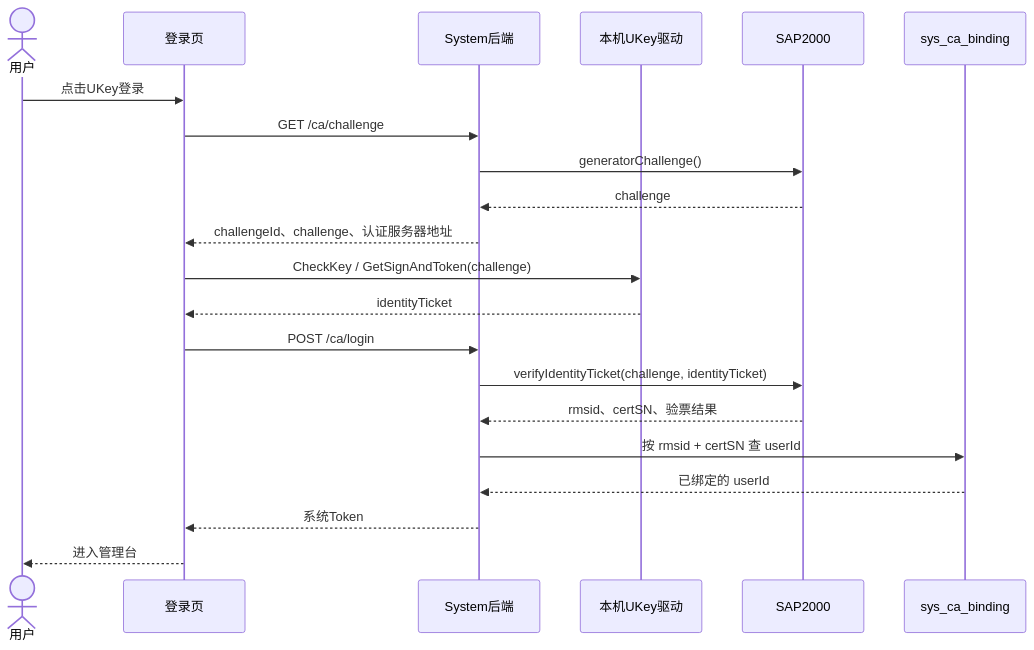
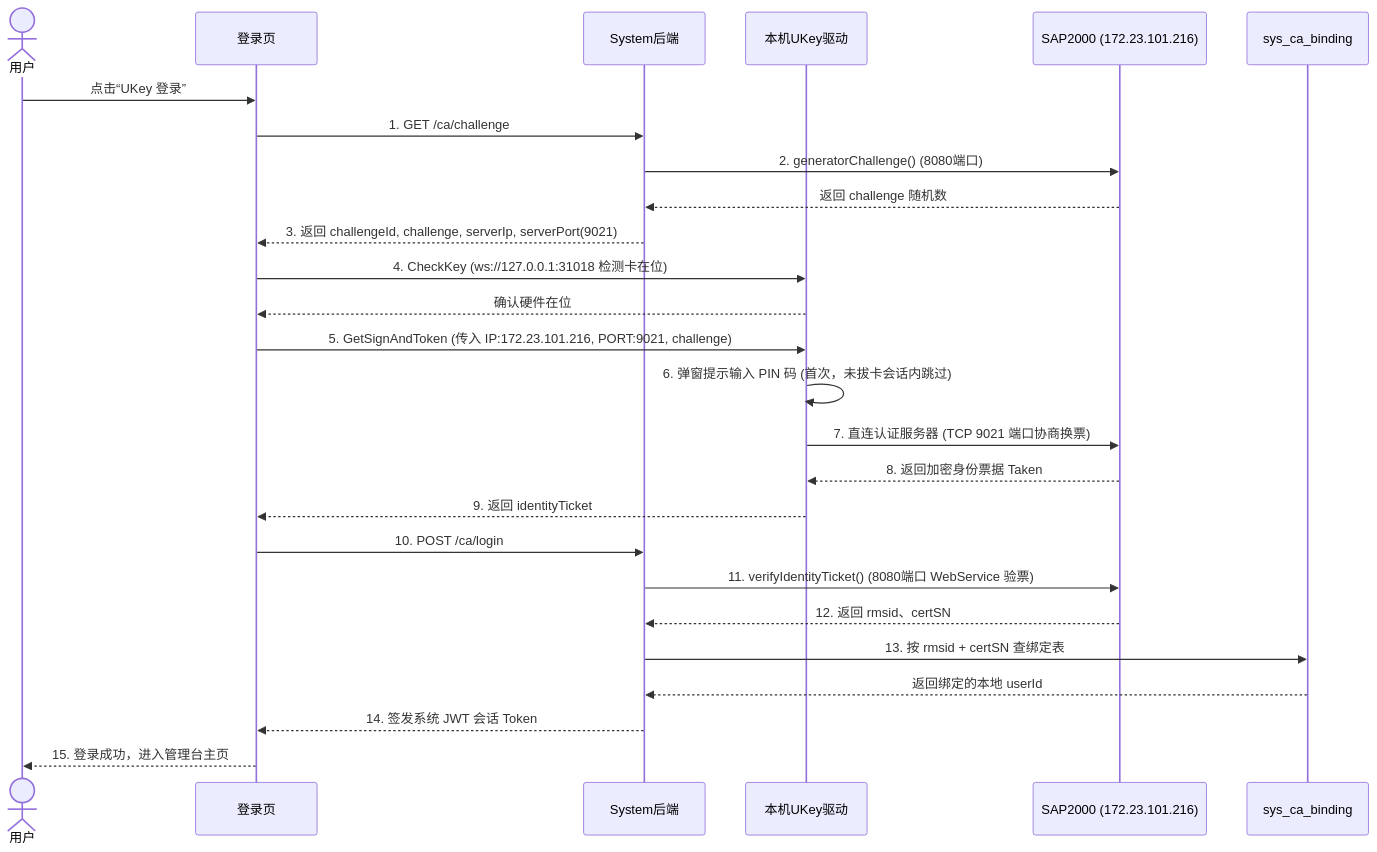
Before and after one commit to Rookie94/drug-system: the second of 2 diagrams in CA_UKEY_LOGIN.md, drawn with Mermaid. The commit also changed other lines of this file and 1 other file, not shown here.

````diff
--- a/CA_UKEY_LOGIN.md
+++ b/CA_UKEY_LOGIN.md
@@ -31,23 +73,32 @@
 ```mermaid
 sequenceDiagram
     actor User as 用户
     participant Front as 登录页
     participant API as System后端
     participant Driver as 本机UKey驱动
-    participant CA as SAP2000
+    participant CA as SAP2000 (172.23.101.216)
     participant DB as sys_ca_binding
-    User->>Front: 点击UKey登录
-    Front->>API: GET /ca/challenge
-    API->>CA: generatorChallenge()
-    CA-->>API: challenge
-    API-->>Front: challengeId、challenge、认证服务器地址
-    Front->>Driver: CheckKey / GetSignAndToken(challenge)
-    Driver-->>Front: identityTicket
-    Front->>API: POST /ca/login
-    API->>CA: verifyIdentityTicket(challenge, identityTicket)
-    CA-->>API: rmsid、certSN、验票结果
-    API->>DB: 按 rmsid + certSN 查 userId
-    DB-->>API: 已绑定的 userId
-    API-->>Front: 系统Token
-    Front-->>User: 进入管理台
+
+    User->>Front: 点击“UKey 登录”
+    Front->>API: 1. GET /ca/challenge
+    API->>CA: 2. generatorChallenge() (8080端口)
+    CA-->>API: 返回 challenge 随机数
+    API-->>Front: 3. 返回 challengeId, challenge, serverIp, serverPort(9021)
+    
+    Front->>Driver: 4. CheckKey (ws://127.0.0.1:31018 检测卡在位)
+    Driver-->>Front: 确认硬件在位
+    
+    Front->>Driver: 5. GetSignAndToken (传入 IP:172.23.101.216, PORT:9021, challenge)
+    Driver->>Driver: 6. 弹窗提示输入 PIN 码 (首次，未拔卡会话内跳过)
+    Driver->>CA: 7. 直连认证服务器 (TCP 9021 端口协商换票)
+    CA-->>Driver: 8. 返回加密身份票据 Taken
+    Driver-->>Front: 9. 返回 identityTicket
+    
+    Front->>API: 10. POST /ca/login
+    API->>CA: 11. verifyIdentityTicket() (8080端口 WebService 验票)
+    CA-->>API: 12. 返回 rmsid、certSN
+    API->>DB: 13. 按 rmsid + certSN 查绑定表
+    DB-->>API: 返回绑定的本地 userId
+    API-->>Front: 14. 签发系统 JWT 会话 Token
+    Front-->>User: 15. 登录成功，进入管理台主页
 ```
````
